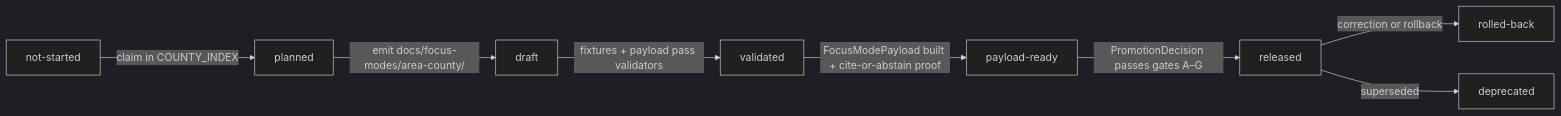
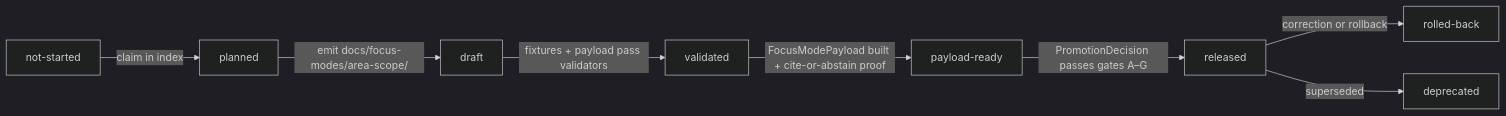
One commit to bartytime4life/Kansas-Frontier-Matrix changed the second of 3 diagrams in docs/focus-mode/README.md. Above: the diagram before and after it, drawn with Mermaid (dark theme). The commit also changed other lines of this file, not shown here.

````diff
--- a/docs/focus-mode/README.md
+++ b/docs/focus-mode/README.md
@@ -341,10 +442,10 @@
 ```mermaid
 flowchart LR
-  NS[not-started] -->|claim in COUNTY_INDEX| PL[planned]
-  PL -->|emit docs/focus-modes/area-county/| DR[draft]
+  NS[not-started] -->|claim in index| PL[planned]
+  PL -->|emit docs/focus-modes/area-scope/| DR[draft]
   DR -->|fixtures + payload pass validators| VD[validated]
   VD -->|FocusModePayload built + cite-or-abstain proof| PR[payload-ready]
   PR -->|PromotionDecision passes gates A–G| RL[released]
   RL -->|correction or rollback| RB[rolled-back]
   RL -->|superseded| DP[deprecated]
 ```
````
